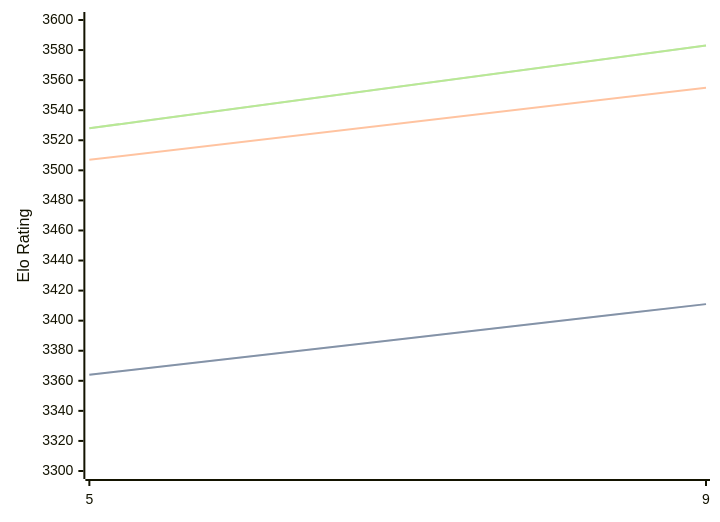
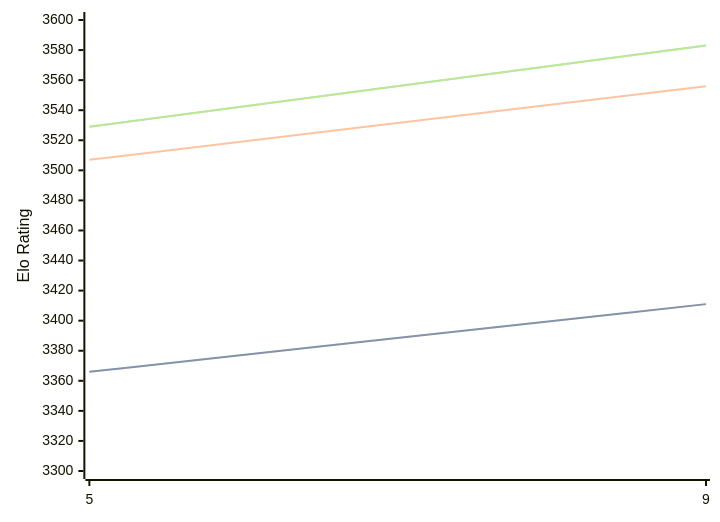
Before and after one commit to computer-chess-index/cci: the diagram in engines/Crystal.md, drawn with Mermaid. The commit also changed other lines of this file, not shown here.

Commit message:
Update CCI Ratings (ELO VLTC) - 2026-07-20

````diff
--- a/engines/Crystal.md
+++ b/engines/Crystal.md
@@ -60,11 +60,11 @@
 ```mermaid
 %%{init: {"theme":"base","themeVariables":{"seriesColors:['#a3a3a3','#222221','#faa371']}}}%%
 xychart-beta
   x-axis ["5", "9"]
   y-axis "Elo Rating" 3300 --> 3600
-  line "STC (8.0+0.08s)" [3364, 3411]
-  line "STC (8.0+0.08s)" [3364, 3411]
-  line "LTC (60.0+0.60s)" [3507, 3555]
-  line "VLTC (2m24s+1.12s)" [3528, 3583]
-  line "VLTC (2m24s+1.12s)" [3528, 3583]
+  line "STC (8.0+0.08s)" [3366, 3411]
+  line "STC (8.0+0.08s)" [3366, 3411]
+  line "LTC (60.0+0.60s)" [3507, 3556]
+  line "VLTC (2m24s+1.12s)" [3529, 3583]
+  line "VLTC (2m24s+1.12s)" [3529, 3583]
 ```
````
